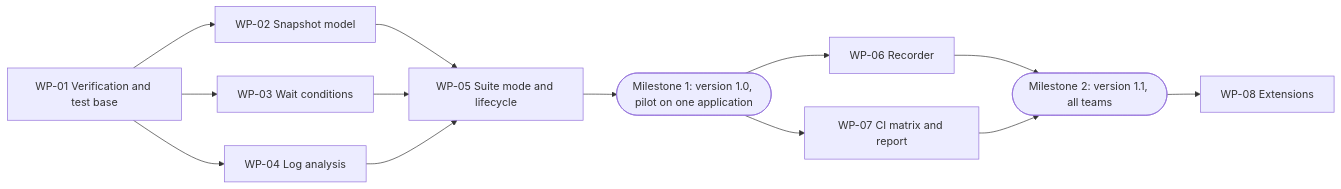
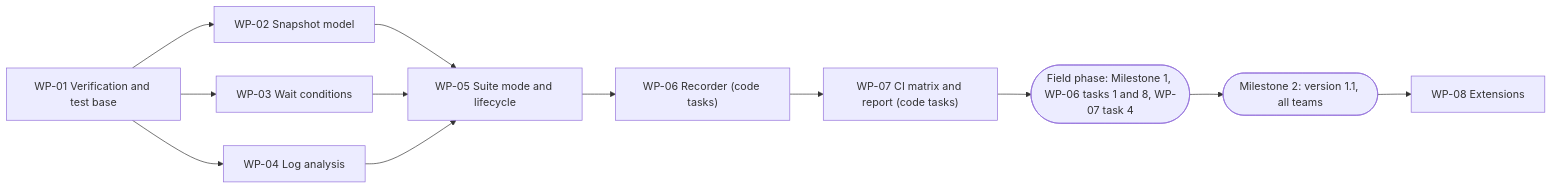
The diagram in docs/development-plan.md (taetrus/s.smoker), drawn with Mermaid before and after one commit. The commit also changed other lines of this file and 1 other file, not shown here.

Commit message:
Plan: development before Milestone 1, JRE matrix 8 and 21 (decisions 8 and 9) (#24)

````diff
--- a/docs/development-plan.md
+++ b/docs/development-plan.md
@@ -85,15 +85,14 @@
 ```mermaid
 flowchart LR
   WP01["WP-01 Verification and test base"] --> WP02["WP-02 Snapshot model"]
   WP01 --> WP03["WP-03 Wait conditions"]
   WP01 --> WP04["WP-04 Log analysis"]
   WP02 --> WP05["WP-05 Suite mode and lifecycle"]
   WP03 --> WP05
   WP04 --> WP05
-  WP05 --> M1(["Milestone 1: version 1.0, pilot on one application"])
-  M1 --> WP06["WP-06 Recorder"]
-  M1 --> WP07["WP-07 CI matrix and report"]
-  WP06 --> M2(["Milestone 2: version 1.1, all teams"])
-  WP07 --> M2
+  WP05 --> WP06["WP-06 Recorder (code tasks)"]
+  WP06 --> WP07["WP-07 CI matrix and report (code tasks)"]
+  WP07 --> F(["Field phase: Milestone 1, WP-06 tasks 1 and 8, WP-07 task 4"])
+  F --> M2(["Milestone 2: version 1.1, all teams"])
   M2 --> WP08["WP-08 Extensions"]
 ```
````
